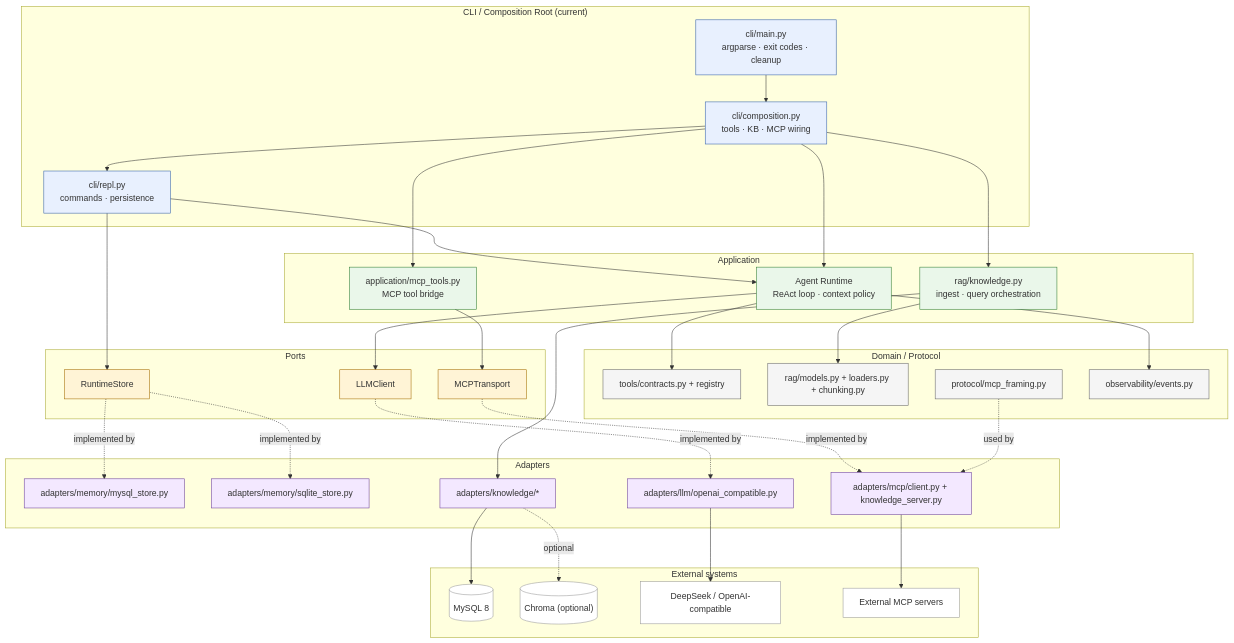
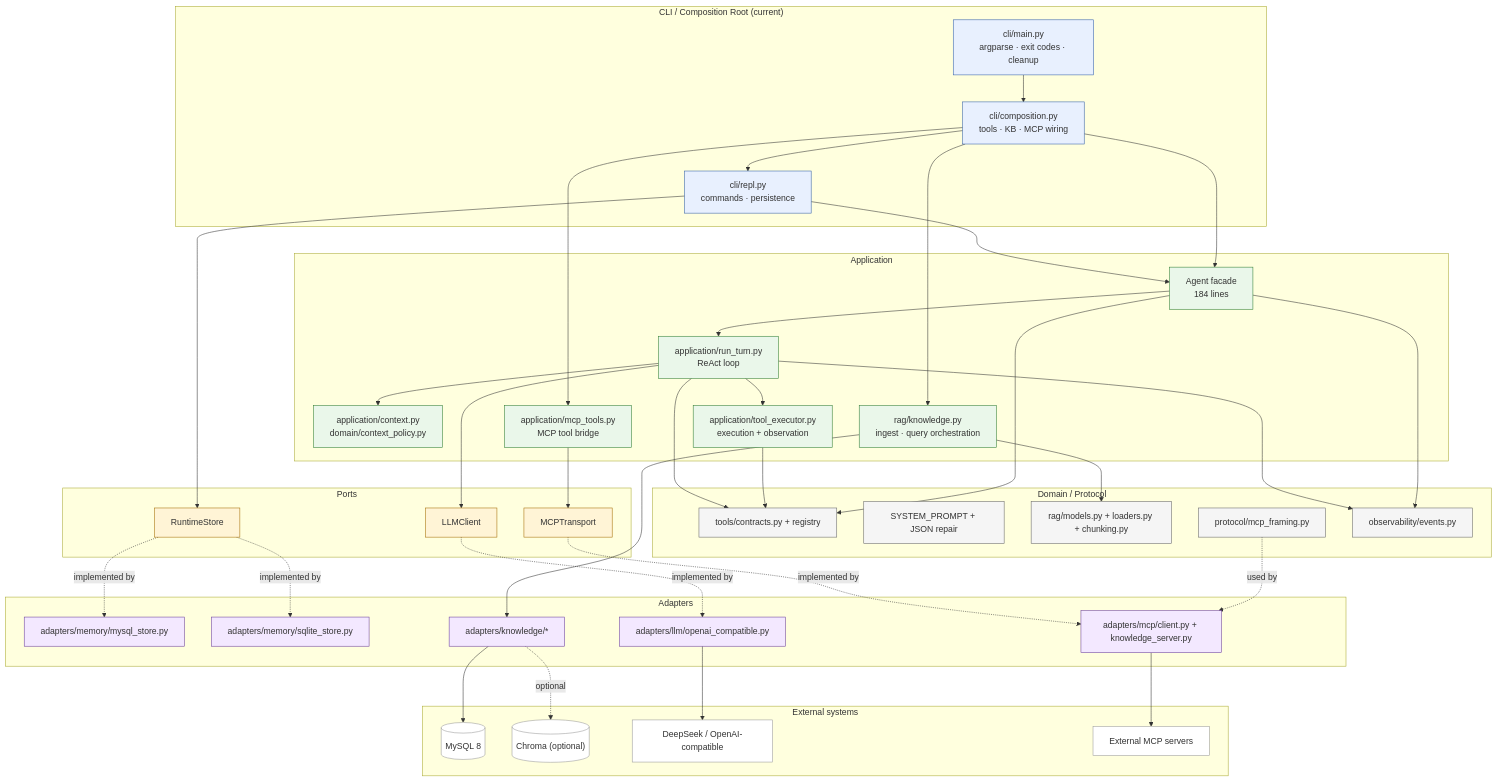
The diagram in docs/architecture.mmd (ikun-ikun1/AgentKernel), drawn with Mermaid before and after one commit. The commit also changed 10 other files, not shown here.

Commit message:
release: v0.3.0 with A7 architecture (A7.4)

```diff
--- a/docs/architecture.mmd
+++ b/docs/architecture.mmd
@@ -1,76 +1,86 @@
 flowchart TB
     subgraph CLI["CLI / Composition Root (current)"]
         Main["cli/main.py<br/>argparse · exit codes · cleanup"]
         Repl["cli/repl.py<br/>commands · persistence"]
         Comp["cli/composition.py<br/>tools · KB · MCP wiring"]
     end
 
     subgraph APP["Application"]
-        Agent["Agent Runtime<br/>ReAct loop · context policy"]
+        Agent["Agent facade<br/>184 lines"]
+        RunTurn["application/run_turn.py<br/>ReAct loop"]
+        Context["application/context.py<br/>domain/context_policy.py"]
+        ToolExec["application/tool_executor.py<br/>execution + observation"]
         McpTools["application/mcp_tools.py<br/>MCP tool bridge"]
         KbApp["rag/knowledge.py<br/>ingest · query orchestration"]
     end
 
     subgraph PORTS["Ports"]
         StorePort["RuntimeStore"]
         LLMPort["LLMClient"]
         TransportPort["MCPTransport"]
     end
 
     subgraph ADAPTERS["Adapters"]
         MySQLStore["adapters/memory/mysql_store.py"]
         SQLiteStore["adapters/memory/sqlite_store.py"]
         OpenAI["adapters/llm/openai_compatible.py"]
         McpAdapter["adapters/mcp/client.py + knowledge_server.py"]
         KnowledgeAdapter["adapters/knowledge/*"]
     end
 
     subgraph CORE["Domain / Protocol"]
         Contracts["tools/contracts.py + registry"]
+        Prompt["SYSTEM_PROMPT + JSON repair"]
         RagModels["rag/models.py + loaders.py + chunking.py"]
         Framing["protocol/mcp_framing.py"]
         Events["observability/events.py"]
     end
 
     subgraph EXTERNAL["External systems"]
         MySQL[("MySQL 8")]
         Chroma[("Chroma (optional)")]
         LLM["DeepSeek / OpenAI-compatible"]
         McpServers["External MCP servers"]
     end
 
     Main --> Comp
     Comp --> Repl
     Repl --> Agent
     Comp --> Agent
     Comp --> KbApp
     Comp --> McpTools
+    Agent --> RunTurn
+    RunTurn --> Context
+    RunTurn --> ToolExec
+    RunTurn --> Events
+    RunTurn --> LLMPort
+    RunTurn --> Contracts
+    ToolExec --> Contracts
     Agent --> Events
     Agent --> Contracts
     KbApp --> RagModels
     McpTools --> TransportPort
-    Agent --> LLMPort
     Repl --> StorePort
     StorePort -. implemented by .-> MySQLStore
     StorePort -. implemented by .-> SQLiteStore
     LLMPort -. implemented by .-> OpenAI
     TransportPort -. implemented by .-> McpAdapter
     KbApp --> KnowledgeAdapter
     KnowledgeAdapter --> MySQL
     KnowledgeAdapter -. optional .-> Chroma
     OpenAI --> LLM
     McpAdapter --> McpServers
     Framing -. used by .-> McpAdapter
 
     classDef cli fill:#e8f0fe,stroke:#315ea8,stroke-width:1px;
     classDef app fill:#eaf7ea,stroke:#2f7d32,stroke-width:1px;
     classDef port fill:#fff4d6,stroke:#a36b00,stroke-width:1px;
     classDef adapter fill:#f3e8ff,stroke:#6a3d9a,stroke-width:1px;
     classDef core fill:#f5f5f5,stroke:#666,stroke-width:1px;
     classDef external fill:#fff,stroke:#999,stroke-width:1px;
     class Main,Repl,Comp cli;
-    class Agent,McpTools,KbApp app;
+    class Agent,RunTurn,Context,ToolExec,McpTools,KbApp app;
     class StorePort,LLMPort,TransportPort port;
     class MySQLStore,SQLiteStore,OpenAI,McpAdapter,KnowledgeAdapter adapter;
-    class Contracts,RagModels,Framing,Events core;
+    class Contracts,Prompt,RagModels,Framing,Events core;
     class MySQL,Chroma,LLM,McpServers external;
```
